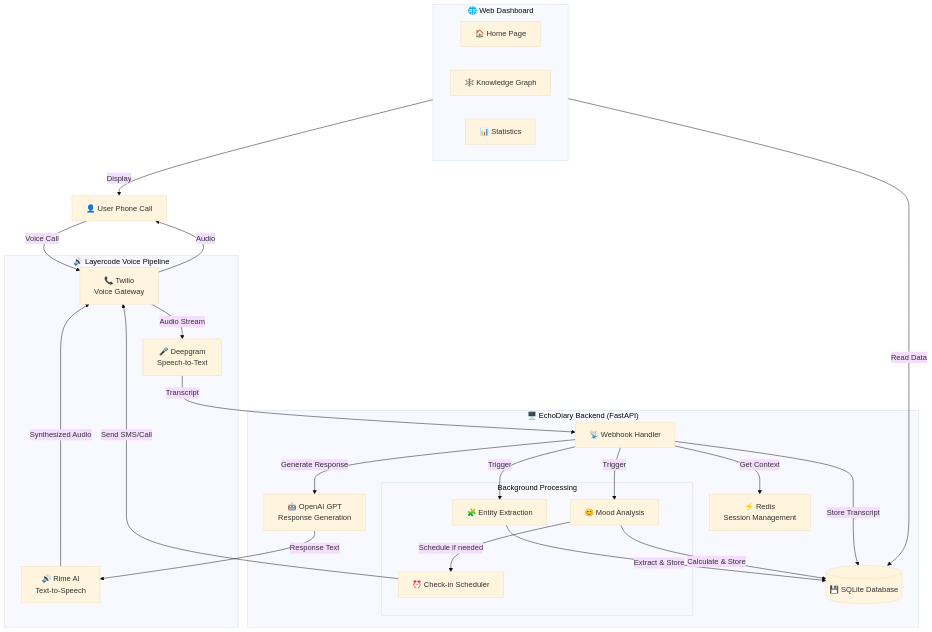
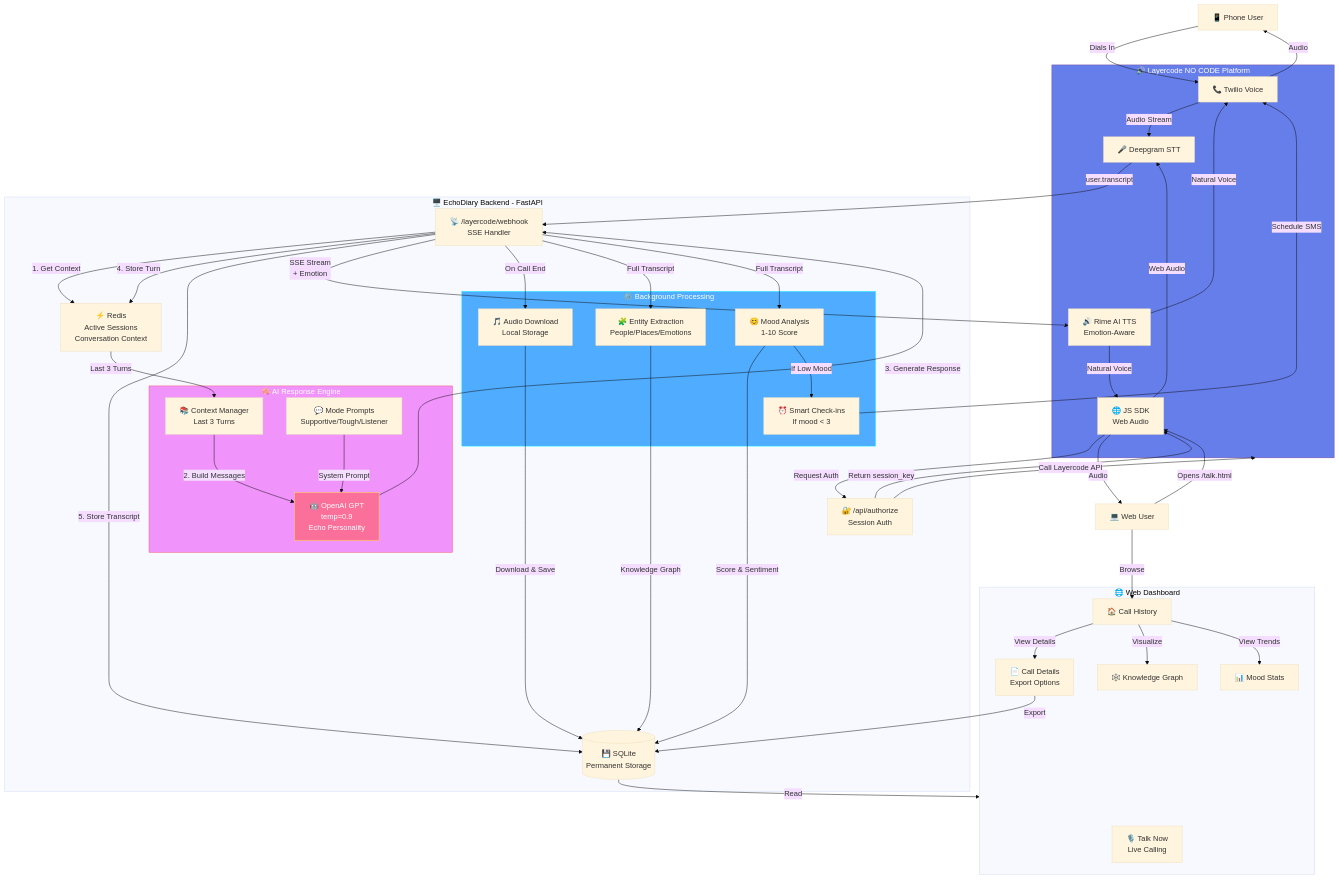
Before and after one commit to anshulyadav1976/voice-ai-hackathon: the diagram in README.md, drawn with Mermaid (base theme). The commit also changed other lines of this file and 13 other files, not shown here.

````diff
--- a/README.md
+++ b/README.md
@@ -48,53 +54,97 @@
 ```mermaid
 flowchart TB
-    User[👤 User Phone Call]
+    Phone[📱 Phone User]
+    Web[💻 Web User]
     
-    subgraph Layercode["🔊 Layercode Voice Pipeline"]
-        Twilio[📞 Twilio<br/>Voice Gateway]
-        Deepgram[🎤 Deepgram<br/>Speech-to-Text]
-        Rime[🔊 Rime AI<br/>Text-to-Speech]
+    subgraph Layercode["🔊 Layercode NO CODE Platform"]
+        Twilio[📞 Twilio Voice]
+        SDK[🌐 JS SDK<br/>Web Audio]
+        Deepgram[🎤 Deepgram STT]
+        Rime[🔊 Rime AI TTS<br/>Emotion-Aware]
     end
     
-    subgraph Backend["🖥️ EchoDiary Backend (FastAPI)"]
-        Webhook[📡 Webhook Handler]
-        GPT[🤖 OpenAI GPT<br/>Response Generation]
-        Redis[⚡ Redis<br/>Session Management]
+    subgraph Backend["🖥️ EchoDiary Backend - FastAPI"]
+        Auth[🔐 /api/authorize<br/>Session Auth]
+        Webhook[📡 /layercode/webhook<br/>SSE Handler]
         
-        subgraph Processing["Background Processing"]
-            Entity[🧩 Entity Extraction]
-            Mood[😊 Mood Analysis]
-            CheckIn[⏰ Check-in Scheduler]
+        subgraph Intelligence["🧠 AI Response Engine"]
+            Context[📚 Context Manager<br/>Last 3 Turns]
+            GPT[🤖 OpenAI GPT<br/>temp=0.9<br/>Echo Personality]
+            Prompts[💬 Mode Prompts<br/>Supportive/Tough/Listener]
         end
         
-        DB[(💾 SQLite Database)]
+        Redis[⚡ Redis<br/>Active Sessions<br/>Conversation Context]
+        
+        subgraph Processing["⚙️ Background Processing"]
+            Entity[🧩 Entity Extraction<br/>People/Places/Emotions]
+            Mood[😊 Mood Analysis<br/>1-10 Score]
+            Audio[🎵 Audio Download<br/>Local Storage]
+            CheckIn[⏰ Smart Check-ins<br/>If mood < 3]
+        end
+        
+        DB[(💾 SQLite<br/>Permanent Storage)]
     end
     
     subgraph Frontend["🌐 Web Dashboard"]
-        Home[🏠 Home Page]
+        Talk[🎙️ Talk Now<br/>Live Calling]
+        Home[🏠 Call History]
+        CallPage[📄 Call Details<br/>Export Options]
         Graph[🕸️ Knowledge Graph]
-        Stats[📊 Statistics]
+        Stats[📊 Mood Stats]
     end
     
-    User -->|Voice Call| Twilio
+    %% User Entry Points
+    Phone -->|Dials In| Twilio
+    Web -->|Opens /talk.html| SDK
+    
+    %% Voice Pipeline
     Twilio -->|Audio Stream| Deepgram
-    Deepgram -->|Transcript| Webhook
+    SDK -->|Web Audio| Deepgram
+    Deepgram -->|user.transcript| Webhook
     
-    Webhook -->|Get Context| Redis
-    Webhook -->|Generate Response| GPT
-    GPT -->|Response Text| Rime
-    Rime -->|Synthesized Audio| Twilio
-    Twilio -->|Audio| User
+    %% Authorization Flow
+    SDK -->|Request Auth| Auth
+    Auth -->|Call Layercode API| Layercode
+    Auth -->|Return session_key| SDK
     
-    Webhook -->|Store Transcript| DB
-    Webhook -->|Trigger| Entity
-    Webhook -->|Trigger| Mood
+    %% Response Generation Flow
+    Webhook -->|1. Get Context| Redis
+    Redis -->|Last 3 Turns| Context
+    Context -->|2. Build Messages| GPT
+    Prompts -->|System Prompt| GPT
+    GPT -->|3. Generate Response| Webhook
+    Webhook -->|4. Store Turn| Redis
+    Webhook -->|5. Store Transcript| DB
     
-    Entity -->|Extract & Store| DB
-    Mood -->|Calculate & Store| DB
-    Mood -->|Schedule if needed| CheckIn
+    %% TTS & Delivery
+    Webhook -->|SSE Stream<br/>+ Emotion| Rime
+    Rime -->|Natural Voice| Twilio
+    Rime -->|Natural Voice| SDK
+    Twilio -->|Audio| Phone
+    SDK -->|Audio| Web
     
-    CheckIn -->|Send SMS/Call| Twilio
+    %% Background Processing
+    Webhook -->|On Call End| Audio
+    Audio -->|Download & Save| DB
+    Webhook -->|Full Transcript| Entity
+    Webhook -->|Full Transcript| Mood
+    Entity -->|Knowledge Graph| DB
+    Mood -->|Score & Sentiment| DB
+    Mood -->|If Low Mood| CheckIn
+    CheckIn -->|Schedule SMS| Twilio
     
-    Frontend -->|Read Data| DB
-    Frontend -->|Display| User
+    %% Frontend Interactions
+    Web -->|Browse| Home
+    Home -->|View Details| CallPage
+    CallPage -->|Export| DB
+    Home -->|Visualize| Graph
+    Home -->|View Trends| Stats
+    
+    %% Data Flow
+    DB -->|Read| Frontend
+    
+    style Layercode fill:#667eea,stroke:#764ba2,color:#fff
+    style Intelligence fill:#f093fb,stroke:#f5576c,color:#fff
+    style Processing fill:#4facfe,stroke:#00f2fe,color:#fff
+    style GPT fill:#fa709a,stroke:#fee140,color:#fff
 ```
````
